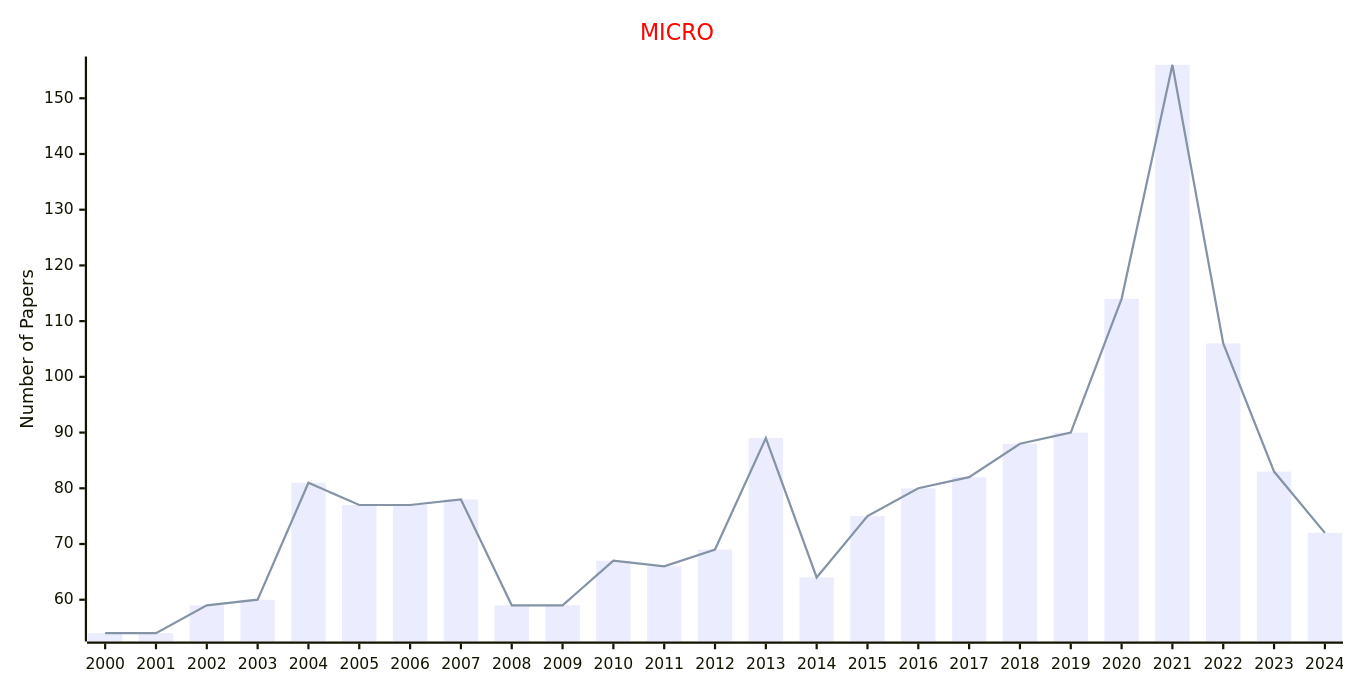
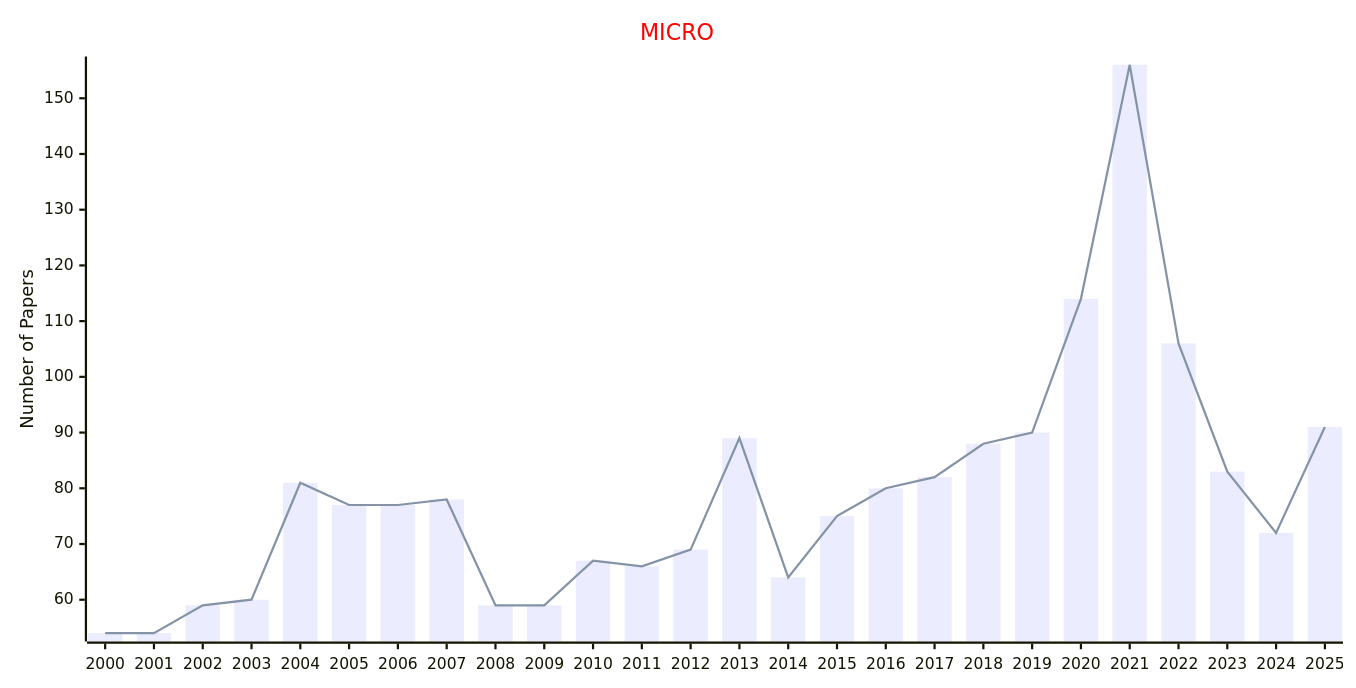
Before and after one commit to Easy-PhD/AILinks: the sixth of 52 diagrams in docs/data/Journals/Publishers_Journals/IEEE.md, drawn with Mermaid. The commit also changed other lines of this file and 107 other files, not shown here.

````diff
--- a/docs/data/Journals/Publishers_Journals/IEEE.md
+++ b/docs/data/Journals/Publishers_Journals/IEEE.md
@@ -131,17 +131,17 @@
 ```mermaid
 ---
 config:
     xyChart:
         width: 1200
         height: 600
     themeVariables:
         xyChart:
             titleColor: "#ff0000"
 ---
 xychart-beta
     title "MICRO"
-    x-axis [2000, 2001, 2002, 2003, 2004, 2005, 2006, 2007, 2008, 2009, 2010, 2011, 2012, 2013, 2014, 2015, 2016, 2017, 2018, 2019, 2020, 2021, 2022, 2023, 2024]
+    x-axis [2000, 2001, 2002, 2003, 2004, 2005, 2006, 2007, 2008, 2009, 2010, 2011, 2012, 2013, 2014, 2015, 2016, 2017, 2018, 2019, 2020, 2021, 2022, 2023, 2024, 2025]
     y-axis "Number of Papers"
-    bar [54, 54, 59, 60, 81, 77, 77, 78, 59, 59, 67, 66, 69, 89, 64, 75, 80, 82, 88, 90, 114, 156, 106, 83, 72]
-    line [54, 54, 59, 60, 81, 77, 77, 78, 59, 59, 67, 66, 69, 89, 64, 75, 80, 82, 88, 90, 114, 156, 106, 83, 72]
+    bar [54, 54, 59, 60, 81, 77, 77, 78, 59, 59, 67, 66, 69, 89, 64, 75, 80, 82, 88, 90, 114, 156, 106, 83, 72, 91]
+    line [54, 54, 59, 60, 81, 77, 77, 78, 59, 59, 67, 66, 69, 89, 64, 75, 80, 82, 88, 90, 114, 156, 106, 83, 72, 91]
 ```
````
